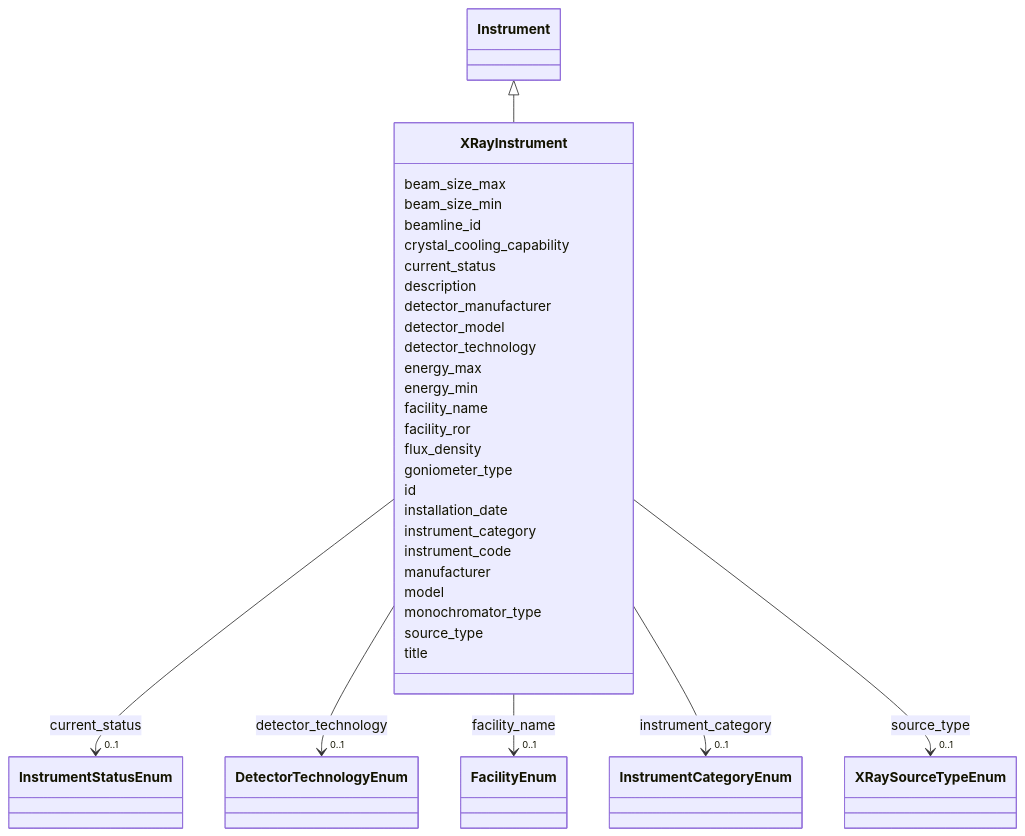
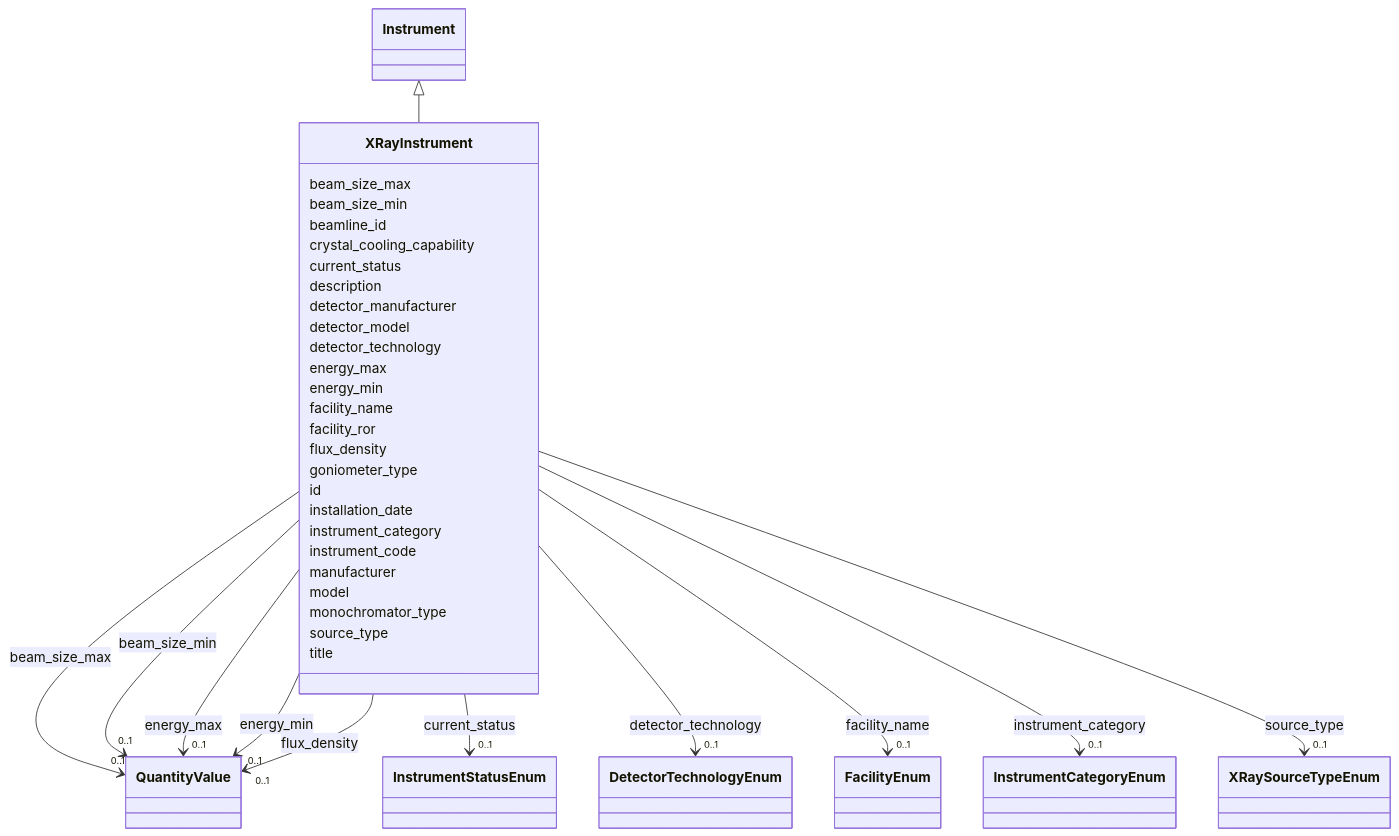
The diagram in docs/elements/XRayInstrument.md (lambda-ber/lambda-ber-schema), drawn with Mermaid before and after one commit. The commit also changed other lines of this file and 404 other files, not shown here.

Commit message:
Update schema artifacts

```diff
--- a/docs/elements/XRayInstrument.md
+++ b/docs/elements/XRayInstrument.md
@@ -24,7 +24,25 @@
       
       XRayInstrument : beam_size_max
         
+          
+    
+        
+        
+        XRayInstrument --> "0..1" QuantityValue : beam_size_max
+        click QuantityValue href "../QuantityValue/"
+    
+
+        
       XRayInstrument : beam_size_min
+        
+          
+    
+        
+        
+        XRayInstrument --> "0..1" QuantityValue : beam_size_min
+        click QuantityValue href "../QuantityValue/"
+    
+
         
       XRayInstrument : beamline_id
         
@@ -60,7 +78,25 @@
         
       XRayInstrument : energy_max
         
+          
+    
+        
+        
+        XRayInstrument --> "0..1" QuantityValue : energy_max
+        click QuantityValue href "../QuantityValue/"
+    
+
+        
       XRayInstrument : energy_min
+        
+          
+    
+        
+        
+        XRayInstrument --> "0..1" QuantityValue : energy_min
+        click QuantityValue href "../QuantityValue/"
+    
+
         
       XRayInstrument : facility_name
         
@@ -76,6 +112,15 @@
       XRayInstrument : facility_ror
         
       XRayInstrument : flux_density
+        
+          
+    
+        
+        
+        XRayInstrument --> "0..1" QuantityValue : flux_density
+        click QuantityValue href "../QuantityValue/"
+    
+
         
       XRayInstrument : goniometer_type
         
```
